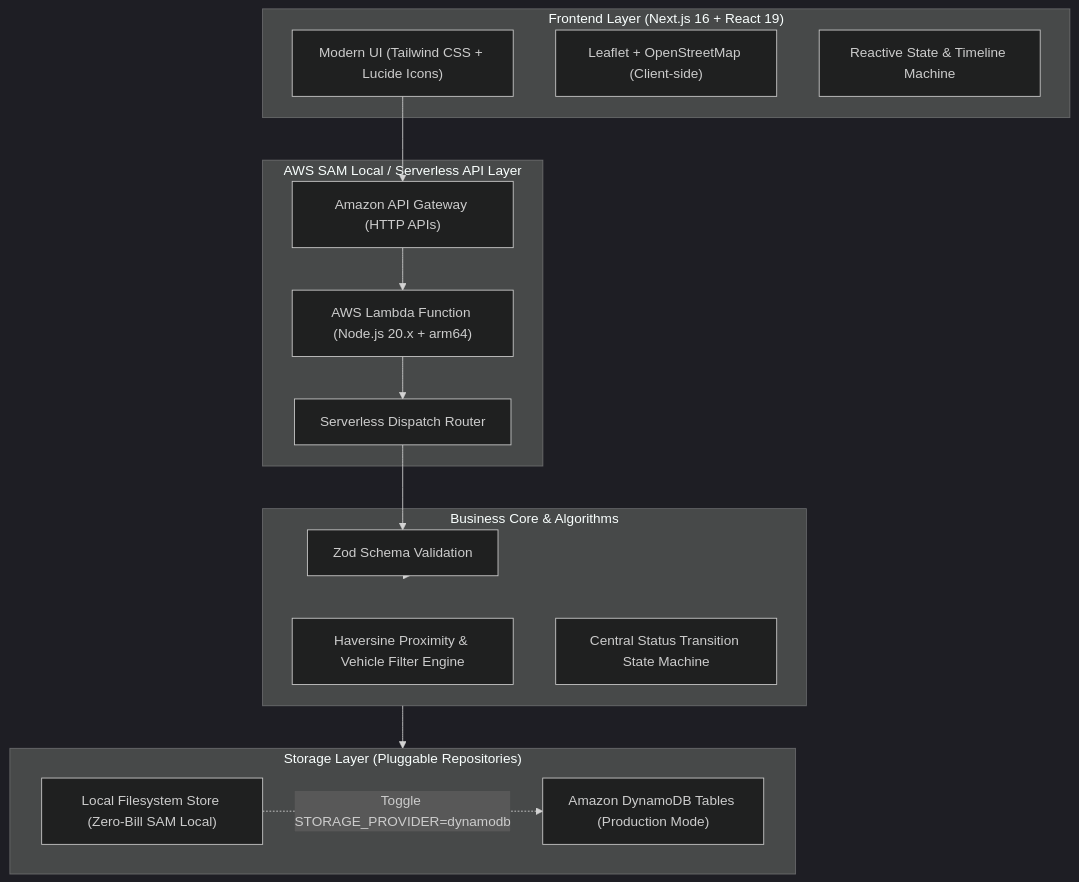
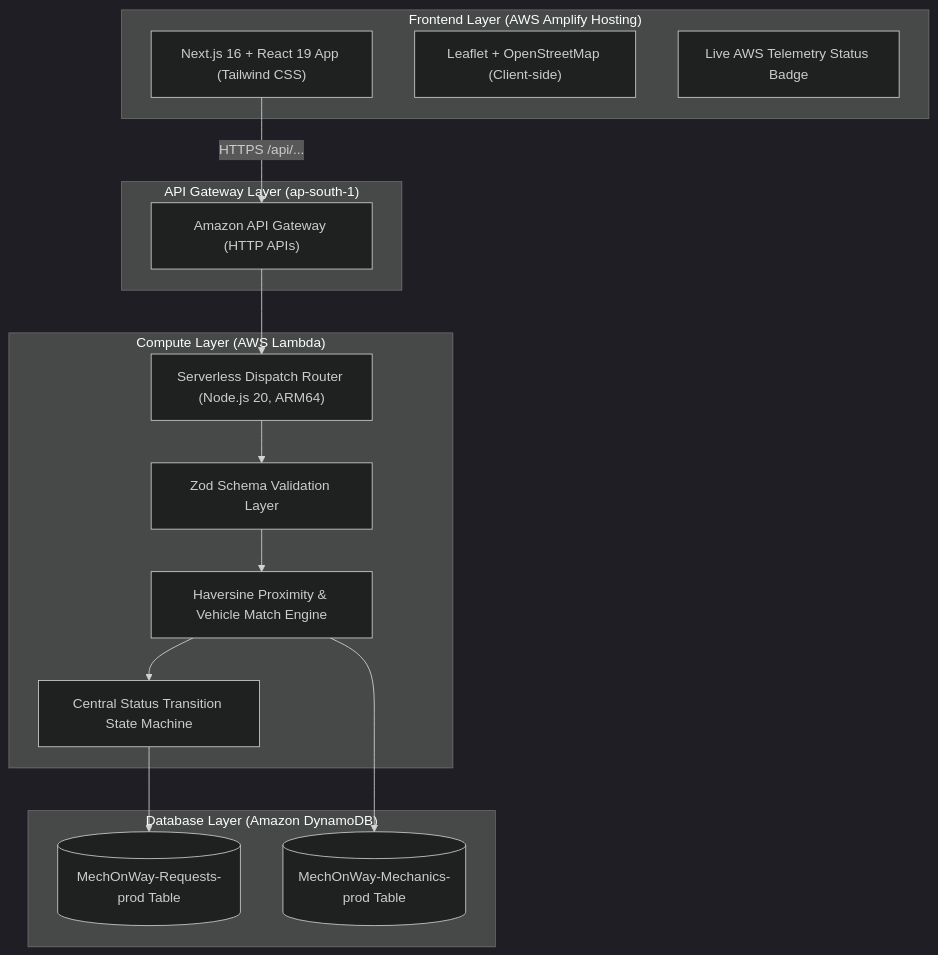
Before and after one commit to TechPrateek/MechOnWay: the diagram in README.md, drawn with Mermaid (dark theme). The commit also changed other lines of this file, not shown here.

Commit message:
docs: comprehensively update README with AWS Ship It architecture, live URLs, and demo instructions

````diff
--- a/README.md
+++ b/README.md
@@ -23,33 +39,32 @@
 ```mermaid
 flowchart TD
-    subgraph Client["Frontend Layer (Next.js 16 + React 19)"]
-        UI["Modern UI (Tailwind CSS + Lucide Icons)"]
+    subgraph Frontend["Frontend Layer (AWS Amplify Hosting)"]
+        UI["Next.js 16 + React 19 App (Tailwind CSS)"]
         Map["Leaflet + OpenStreetMap (Client-side)"]
-        State["Reactive State & Timeline Machine"]
+        Badge["Live AWS Telemetry Status Badge"]
     end
 
-    subgraph AWS_SAM["AWS SAM Local / Serverless API Layer"]
+    subgraph AWS_API["API Gateway Layer (ap-south-1)"]
         APIGW["Amazon API Gateway (HTTP APIs)"]
-        Lambda["AWS Lambda Function (Node.js 20.x + arm64)"]
-        Router["Serverless Dispatch Router"]
     end
 
-    subgraph Engine["Business Core & Algorithms"]
-        Validator["Zod Schema Validation"]
-        Matching["Haversine Proximity & Vehicle Filter Engine"]
+    subgraph Compute["Compute Layer (AWS Lambda)"]
+        Router["Serverless Dispatch Router (Node.js 20, ARM64)"]
+        Validator["Zod Schema Validation Layer"]
+        Engine["Haversine Proximity & Vehicle Match Engine"]
         FSM["Central Status Transition State Machine"]
     end
 
-    subgraph Storage["Storage Layer (Pluggable Repositories)"]
-        LocalRepo["Local Filesystem Store (Zero-Bill SAM Local)"]
-        DDBRepo["Amazon DynamoDB Tables (Production Mode)"]
+    subgraph Database["Database Layer (Amazon DynamoDB)"]
+        RequestsTable[("MechOnWay-Requests-prod Table")]
+        MechanicsTable[("MechOnWay-Mechanics-prod Table")]
     end
 
-    UI --> APIGW
-    APIGW --> Lambda
-    Lambda --> Router
+    UI -->|HTTPS /api/...| APIGW
+    APIGW --> Router
     Router --> Validator
     Validator --> Engine
-    Engine --> Storage
-    LocalRepo -.->|Toggle STORAGE_PROVIDER=dynamodb| DDBRepo
+    Engine --> FSM
+    FSM --> RequestsTable
+    Engine --> MechanicsTable
 ```
````
